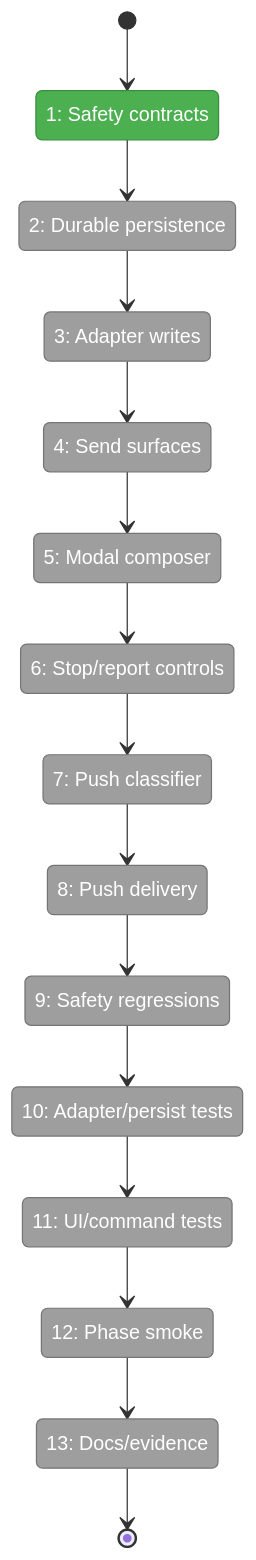
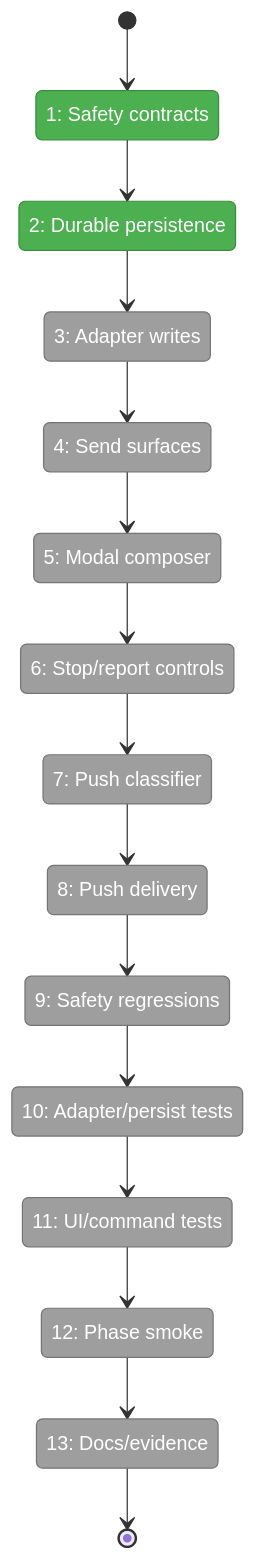
Before and after one commit to vaughanknight/pij: the first of 2 diagrams in docs/plans/007-options-for-pi-extensions-that-do-subagents/tasks/phase-3-interaction-push-context-and-hardening/tasks.fltplan.md, drawn with Mermaid. The commit also changed other lines of this file and 6 other files, not shown here.

````diff
--- a/docs/plans/007-options-for-pi-extensions-that-do-subagents/tasks/phase-3-interaction-push-context-and-hardening/tasks.fltplan.md
+++ b/docs/plans/007-options-for-pi-extensions-that-do-subagents/tasks/phase-3-interaction-push-context-and-hardening/tasks.fltplan.md
@@ -43,39 +43,39 @@
 ```mermaid
 stateDiagram-v2
     classDef pending fill:#9E9E9E,stroke:#757575,color:#fff
     classDef active fill:#FFC107,stroke:#FFA000,color:#000
     classDef done fill:#4CAF50,stroke:#388E3C,color:#fff
     classDef blocked fill:#F44336,stroke:#D32F2F,color:#fff
 
     state "1: Safety contracts" as S1
     state "2: Durable persistence" as S2
     state "3: Adapter writes" as S3
     state "4: Send surfaces" as S4
     state "5: Modal composer" as S5
     state "6: Stop/report controls" as S6
     state "7: Push classifier" as S7
     state "8: Push delivery" as S8
     state "9: Safety regressions" as S9
     state "10: Adapter/persist tests" as S10
     state "11: UI/command tests" as S11
     state "12: Phase smoke" as S12
     state "13: Docs/evidence" as S13
 
     [*] --> S1
     S1 --> S2
     S2 --> S3
     S3 --> S4
     S4 --> S5
     S5 --> S6
     S6 --> S7
     S7 --> S8
     S8 --> S9
     S9 --> S10
     S10 --> S11
     S11 --> S12
     S12 --> S13
     S13 --> [*]
 
-    class S1 done
-    class S2,S3,S4,S5,S6,S7,S8,S9,S10,S11,S12,S13 pending
+    class S1,S2 done
+    class S3,S4,S5,S6,S7,S8,S9,S10,S11,S12,S13 pending
 ```
````
